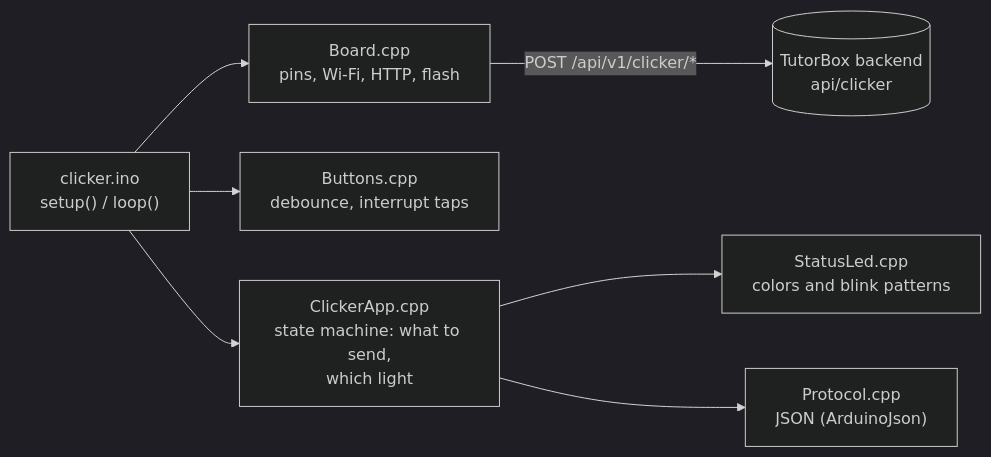
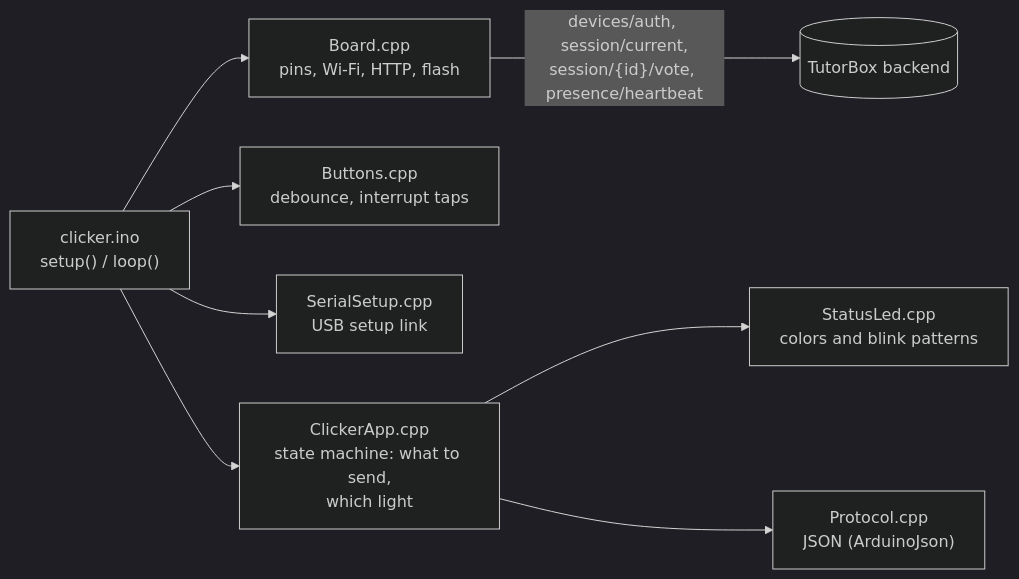
One commit to GabGP/TutorBox changed the second of 2 diagrams in firmware/clicker/README.md. Above: the diagram before and after it, drawn with Mermaid (dark theme). The commit also changed other lines of this file and 19 other files, not shown here.

Commit message:
feat(firmware): port the clicker to the device auth, shared vote and presence endpoints

````diff
--- a/firmware/clicker/README.md
+++ b/firmware/clicker/README.md
@@ -293,9 +310,10 @@
 ```mermaid
 graph LR
     INO["clicker.ino<br/>setup() / loop()"] --> BOARD["Board.cpp<br/>pins, Wi-Fi, HTTP, flash"]
     INO --> BTN["Buttons.cpp<br/>debounce, interrupt taps"]
+    INO --> SETUP["SerialSetup.cpp<br/>USB setup link"]
     INO --> APP["ClickerApp.cpp<br/>state machine: what to send,<br/>which light"]
     APP --> LED["StatusLed.cpp<br/>colors and blink patterns"]
     APP --> PROTO["Protocol.cpp<br/>JSON (ArduinoJson)"]
-    BOARD -->|"POST /api/v1/clicker/*"| API[("TutorBox backend<br/>api/clicker")]
+    BOARD -->|"devices/auth, session/current,<br/>session/{id}/vote, presence/heartbeat"| API[("TutorBox backend")]
 ```
````
